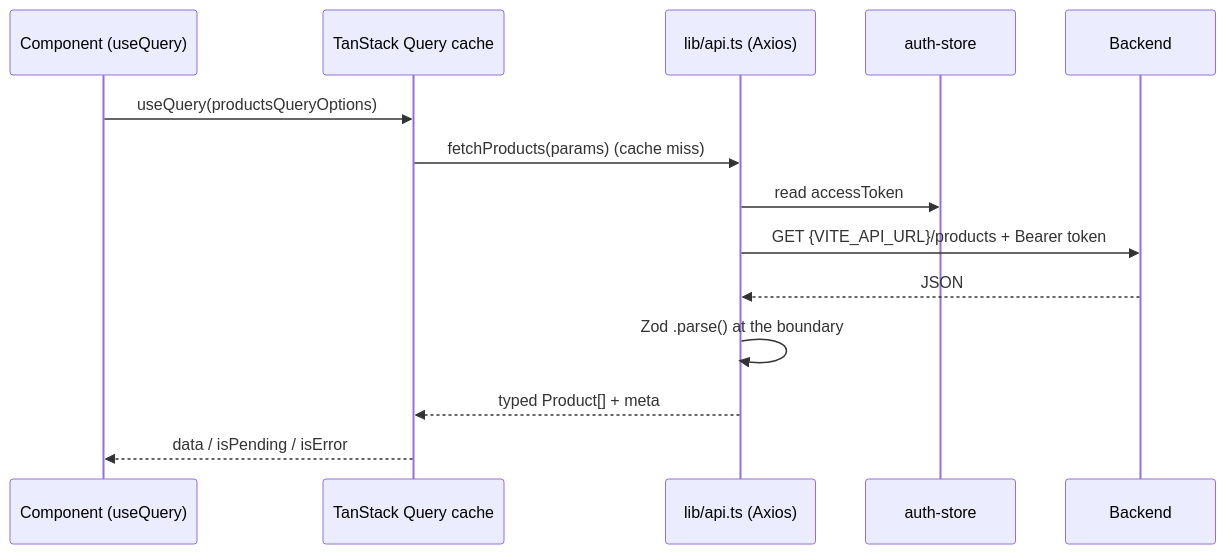
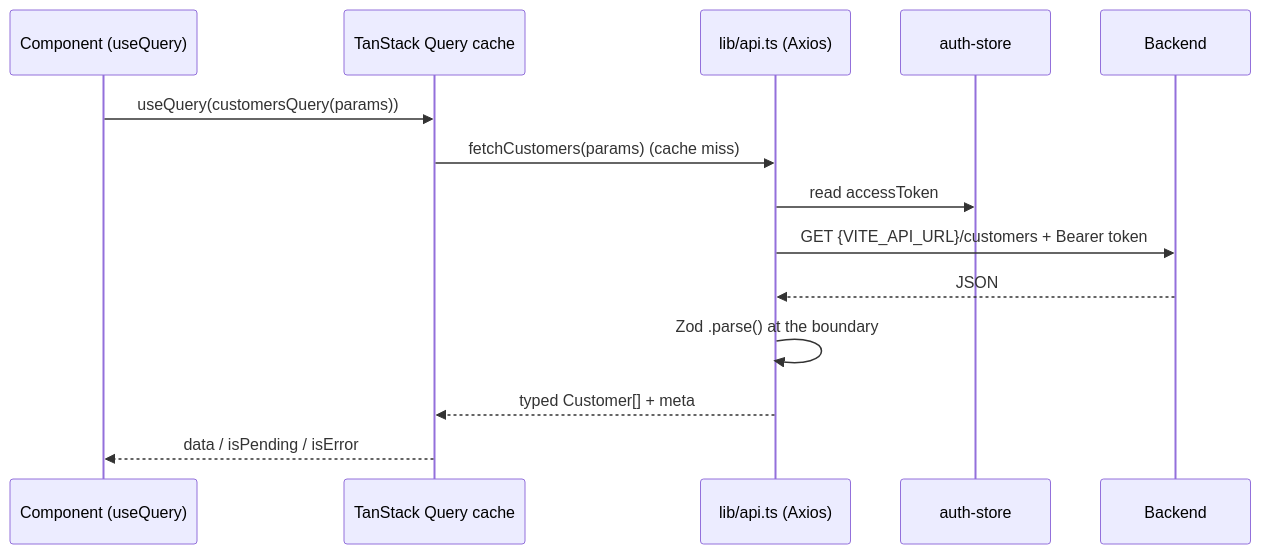
One commit to TGCTZ/TGC-SERVICE-FRONTEND changed the third of 4 diagrams in docs/architecture.md. Above: the diagram before and after it, drawn with Mermaid. The commit also changed other lines of this file and 18 other files, not shown here.

````diff
--- a/docs/architecture.md
+++ b/docs/architecture.md
@@ -333,17 +358,17 @@
 ```mermaid
 sequenceDiagram
     participant C as Component (useQuery)
     participant Q as TanStack Query cache
     participant A as lib/api.ts (Axios)
     participant S as auth-store
     participant B as Backend
 
-    C->>Q: useQuery(productsQueryOptions)
-    Q->>A: fetchProducts(params) (cache miss)
+    C->>Q: useQuery(customersQuery(params))
+    Q->>A: fetchCustomers(params) (cache miss)
     A->>S: read accessToken
-    A->>B: GET {VITE_API_URL}/products + Bearer token
+    A->>B: GET {VITE_API_URL}/customers + Bearer token
     B-->>A: JSON
     A->>A: Zod .parse() at the boundary
-    A-->>Q: typed Product[] + meta
+    A-->>Q: typed Customer[] + meta
     Q-->>C: data / isPending / isError
 ```
````
